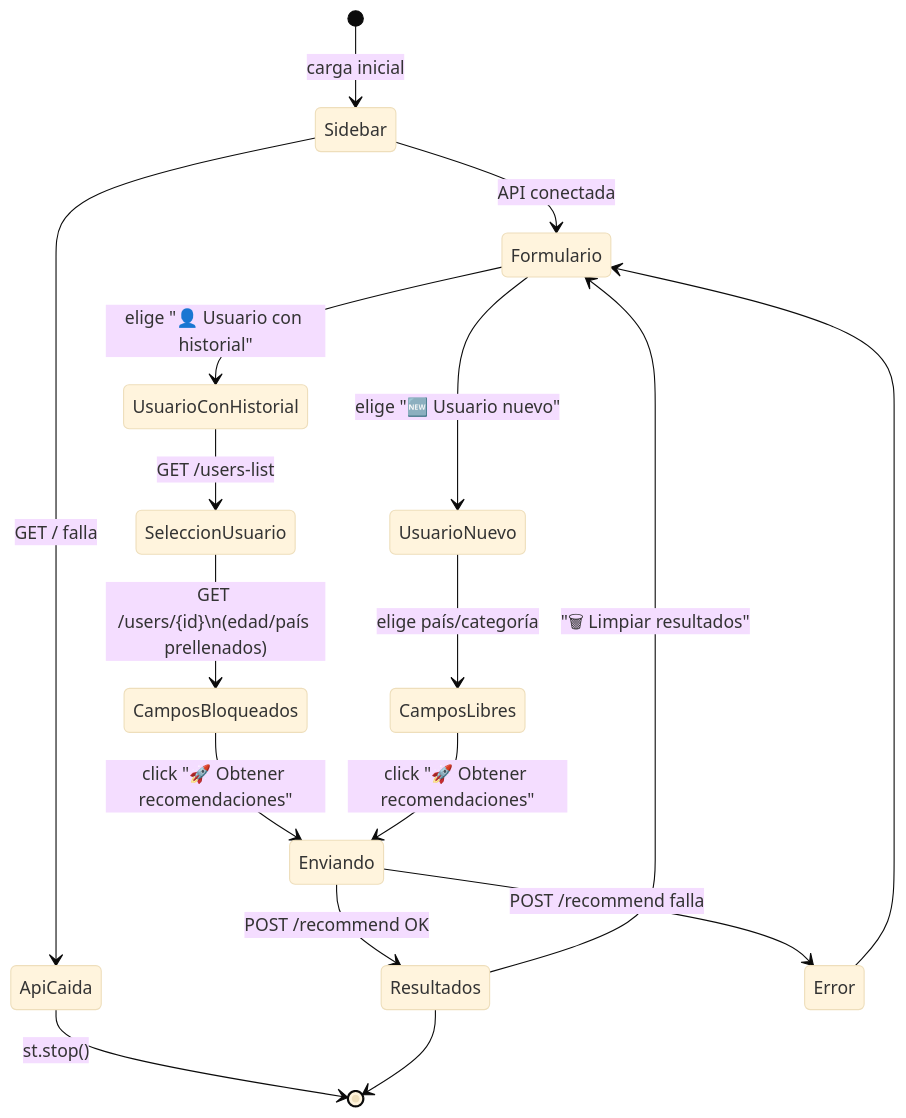
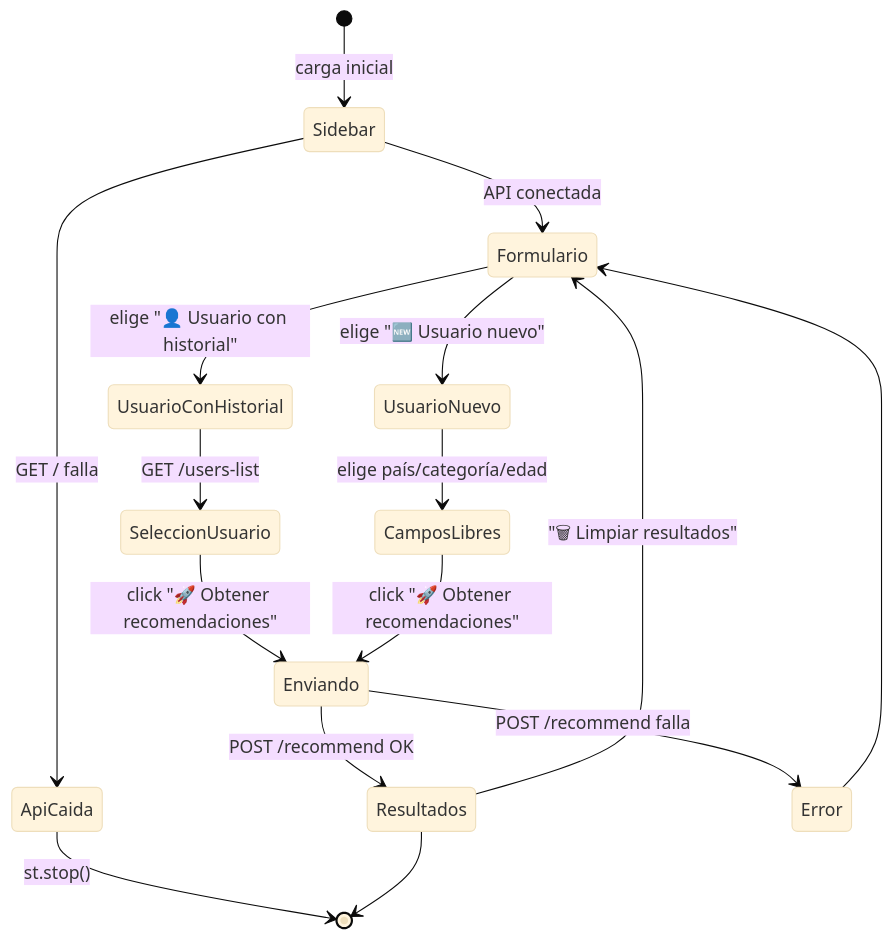
Before and after one commit to roomunoz/ml-recommendation-ecommerce: diagram 15 of 16 in README.md, drawn with Mermaid (base theme). The commit also changed other lines of this file and 1 other file, not shown here.

````diff
--- a/README.md
+++ b/README.md
@@ -861,23 +877,22 @@
 ```mermaid
 stateDiagram-v2
     [*] --> Sidebar: carga inicial
     Sidebar --> ApiCaida: GET / falla
     ApiCaida --> [*]: st.stop()
     Sidebar --> Formulario: API conectada
 
     Formulario --> UsuarioConHistorial: elige "👤 Usuario con historial"
     Formulario --> UsuarioNuevo: elige "🆕 Usuario nuevo"
 
     UsuarioConHistorial --> SeleccionUsuario: GET /users-list
-    SeleccionUsuario --> CamposBloqueados: GET /users/{id}\n(edad/país prellenados)
-    CamposBloqueados --> Enviando: click "🚀 Obtener recomendaciones"
+    SeleccionUsuario --> Enviando: click "🚀 Obtener recomendaciones"
 
-    UsuarioNuevo --> CamposLibres: elige país/categoría
+    UsuarioNuevo --> CamposLibres: elige país/categoría/edad
     CamposLibres --> Enviando: click "🚀 Obtener recomendaciones"
 
     Enviando --> Resultados: POST /recommend OK
     Enviando --> Error: POST /recommend falla
     Error --> Formulario
     Resultados --> Formulario: "🗑 Limpiar resultados"
     Resultados --> [*]
 ```
````
